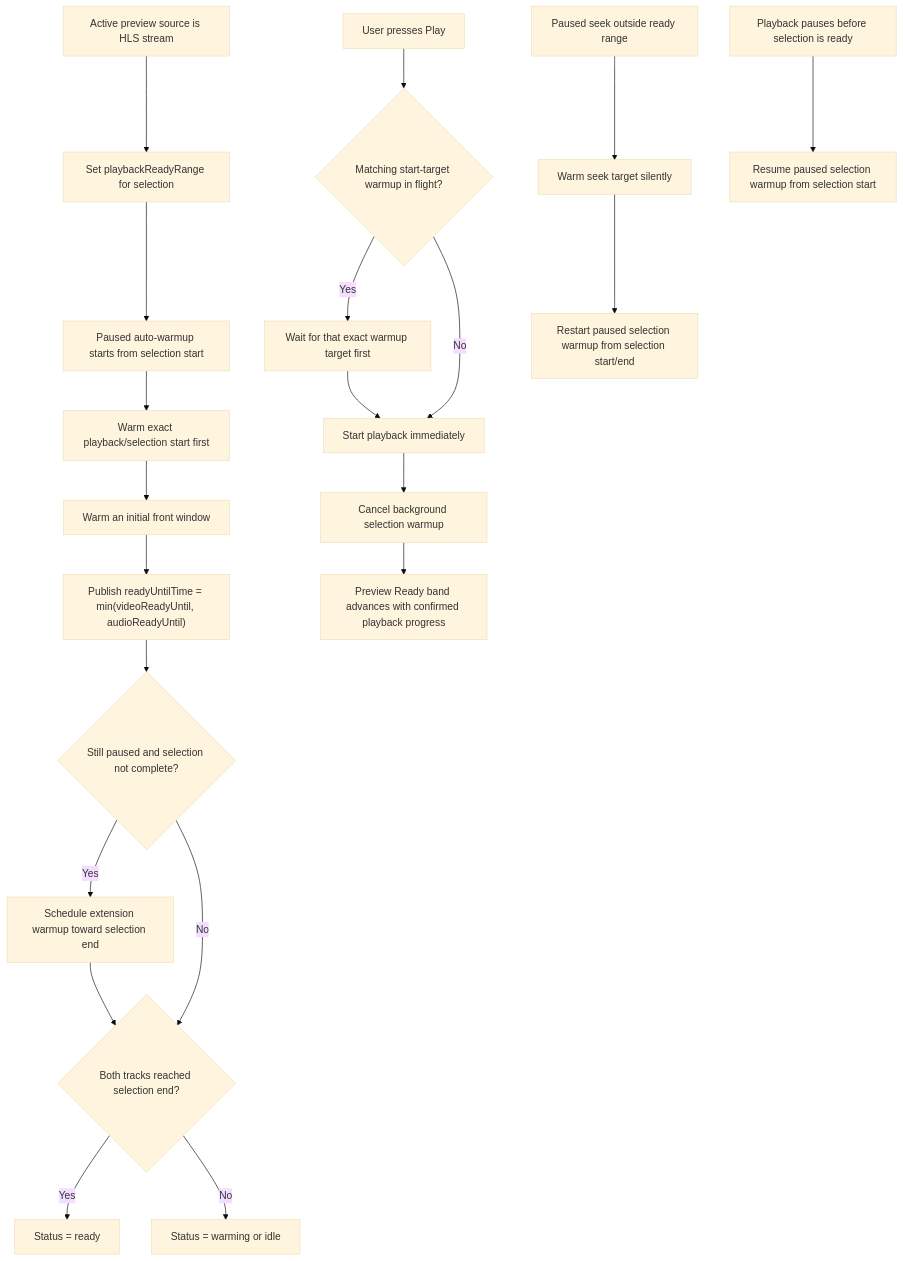
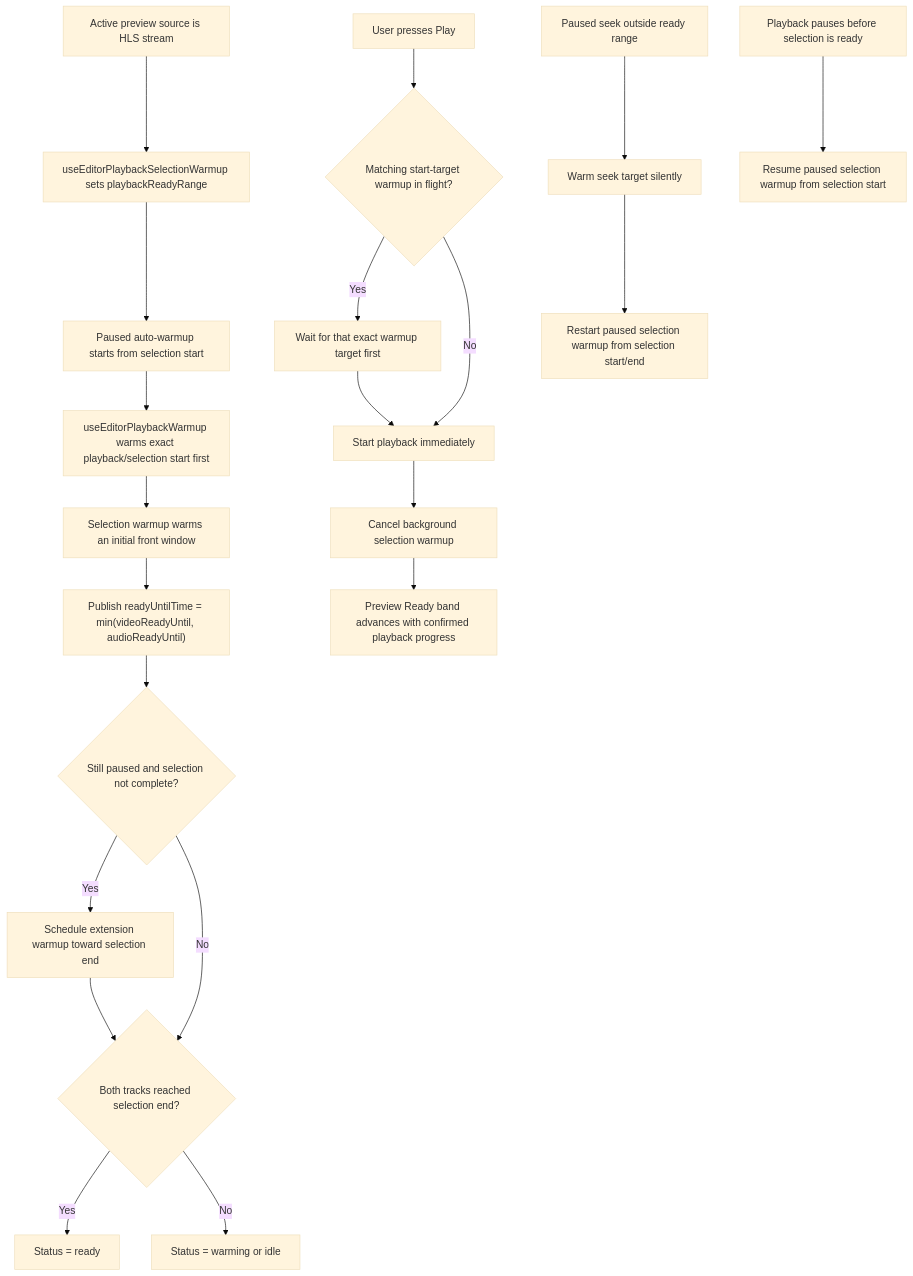
Before and after one commit to TechSquidTV/Cliparr: the sixth of 12 diagrams in DIAGRAMS.md, drawn with Mermaid (base theme). The commit also changed other lines of this file, not shown here.

Commit message:
Update frontend refactor diagrams

````diff
--- a/DIAGRAMS.md
+++ b/DIAGRAMS.md
@@ -99,26 +130,26 @@
 ```mermaid
 flowchart TD
-    A["Active preview source is HLS stream"] --> B["Set playbackReadyRange for selection"]
+    A["Active preview source is HLS stream"] --> B["useEditorPlaybackSelectionWarmup sets playbackReadyRange"]
     B --> C["Paused auto-warmup starts from selection start"]
-    C --> D["Warm exact playback/selection start first"]
-    D --> E["Warm an initial front window"]
+    C --> D["useEditorPlaybackWarmup warms exact playback/selection start first"]
+    D --> E["Selection warmup warms an initial front window"]
     E --> F["Publish readyUntilTime = min(videoReadyUntil, audioReadyUntil)"]
     F --> G{"Still paused and selection not complete?"}
     G -- "Yes" --> H["Schedule extension warmup toward selection end"]
     G -- "No" --> I{"Both tracks reached selection end?"}
     H --> I
     I -- "Yes" --> J["Status = ready"]
     I -- "No" --> K["Status = warming or idle"]
 
     L["User presses Play"] --> M{"Matching start-target warmup in flight?"}
     M -- "Yes" --> N["Wait for that exact warmup target first"]
     M -- "No" --> O["Start playback immediately"]
     N --> O
     O --> P["Cancel background selection warmup"]
     P --> Q["Preview Ready band advances with confirmed playback progress"]
 
     R["Paused seek outside ready range"] --> S["Warm seek target silently"]
     S --> T["Restart paused selection warmup from selection start/end"]
 
     U["Playback pauses before selection is ready"] --> V["Resume paused selection warmup from selection start"]
 ```
````
